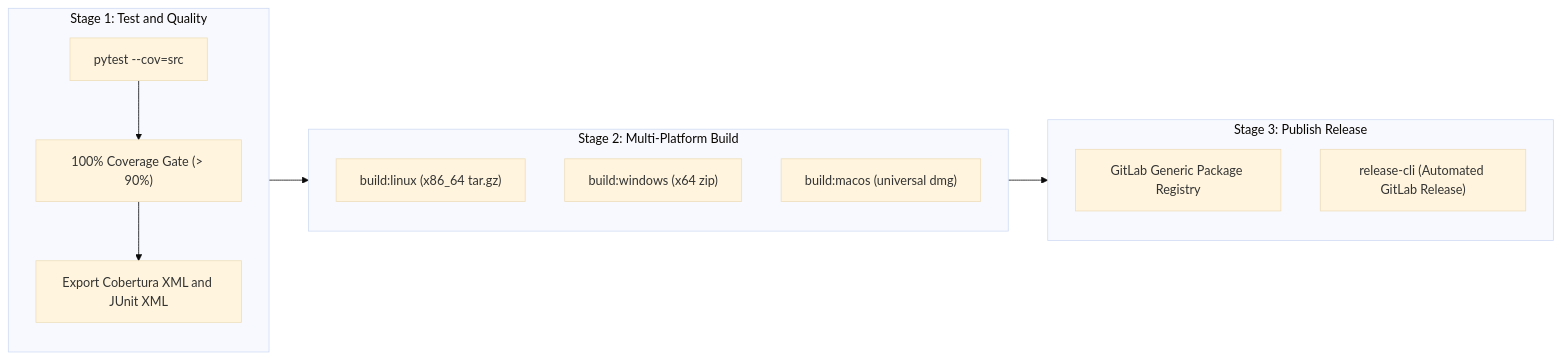
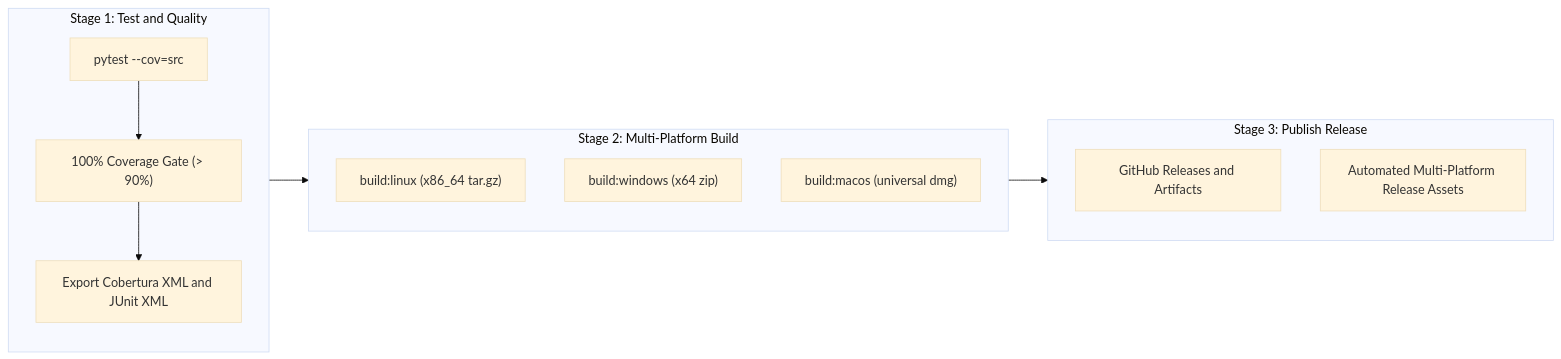
The diagram in docs/cicd.md (sincorchetes/gossip), drawn with Mermaid (base theme) before and after one commit. The commit also changed 2 other files, not shown here.

Commit message:
ci: complete transcription of multi-platform build and release pipelines to GitHub Actions

````diff
--- a/docs/cicd.md
+++ b/docs/cicd.md
@@ -9,21 +9,21 @@
 ```mermaid
 flowchart LR
     subgraph TestStage ["Stage 1: Test and Quality"]
         T1["pytest --cov=src"] --> T2["100% Coverage Gate (> 90%)"]
         T2 --> T3["Export Cobertura XML and JUnit XML"]
     end
 
     subgraph BuildStage ["Stage 2: Multi-Platform Build"]
         B1["build:linux (x86_64 tar.gz)"]
         B2["build:windows (x64 zip)"]
         B3["build:macos (universal dmg)"]
     end
 
     subgraph ReleaseStage ["Stage 3: Publish Release"]
-        R1["GitLab Generic Package Registry"]
-        R2["release-cli (Automated GitLab Release)"]
+        R1["GitHub Releases and Artifacts"]
+        R2["Automated Multi-Platform Release Assets"]
     end
 
     TestStage --> BuildStage
     BuildStage --> ReleaseStage
 ```
````
